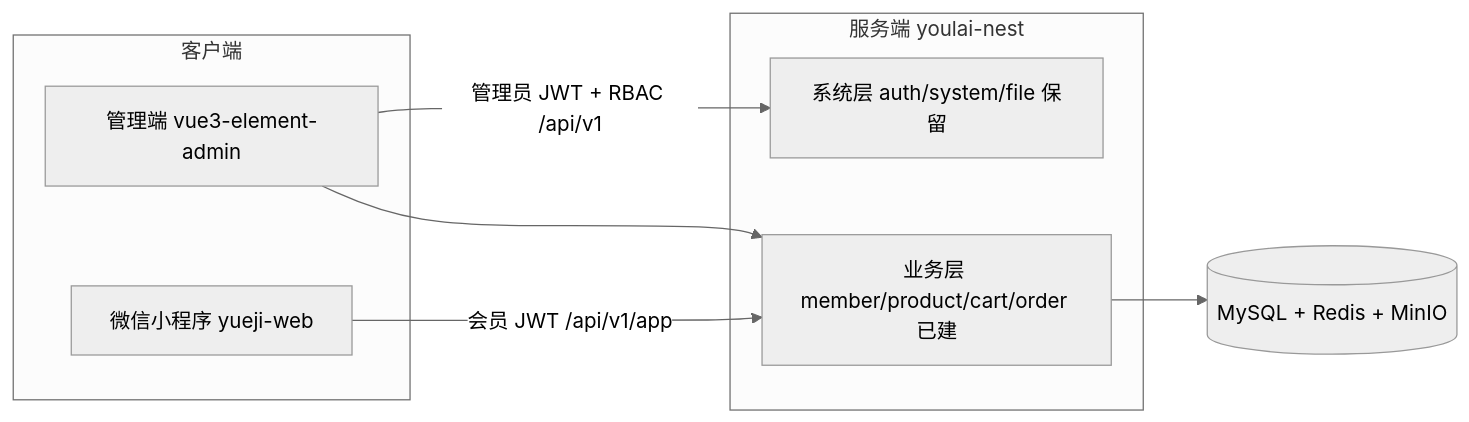
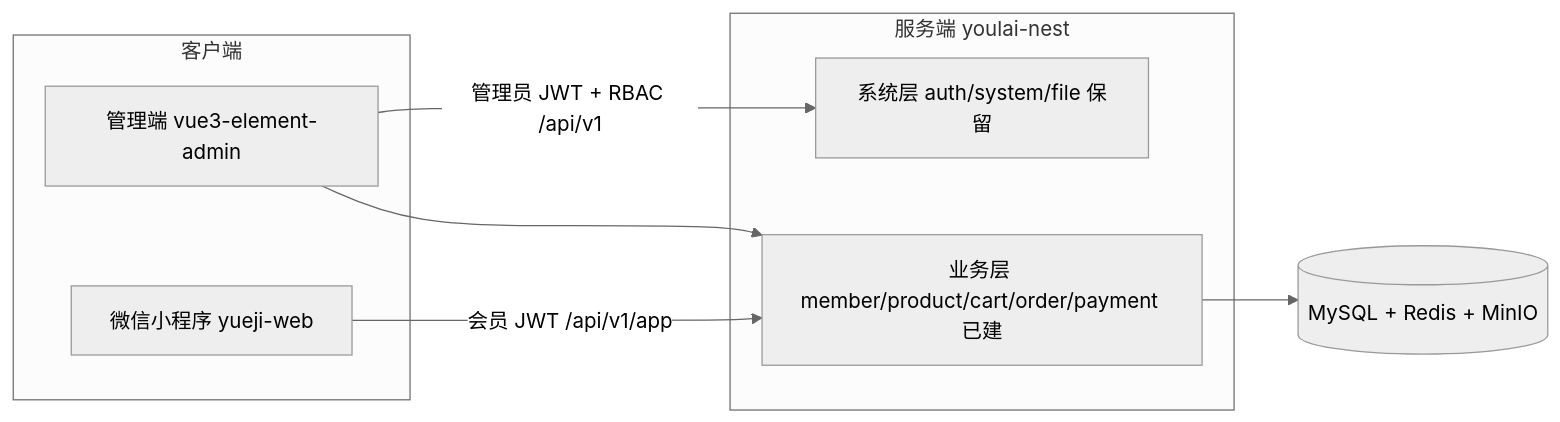
Before and after one commit to fffffloride/yueji-backend: the diagram in docs/改造计划.md, drawn with Mermaid (neutral theme). The commit also changed other lines of this file and 33 other files, not shown here.

````diff
--- a/docs/改造计划.md
+++ b/docs/改造计划.md
@@ -38,15 +38,15 @@
 ```mermaid
 flowchart LR
     subgraph client [客户端]
         MiniApp[微信小程序 yueji-web]
         AdminWeb[管理端 vue3-element-admin]
     end
     subgraph server [服务端 youlai-nest]
         SysLayer[系统层 auth/system/file 保留]
-        BizLayer[业务层 member/product/cart/order 已建]
+        BizLayer[业务层 member/product/cart/order/payment 已建]
     end
     MiniApp -->|会员 JWT /api/v1/app| BizLayer
     AdminWeb -->|管理员 JWT + RBAC /api/v1| SysLayer
     AdminWeb --> BizLayer
     BizLayer --> DB[(MySQL + Redis + MinIO)]
 ```
````
